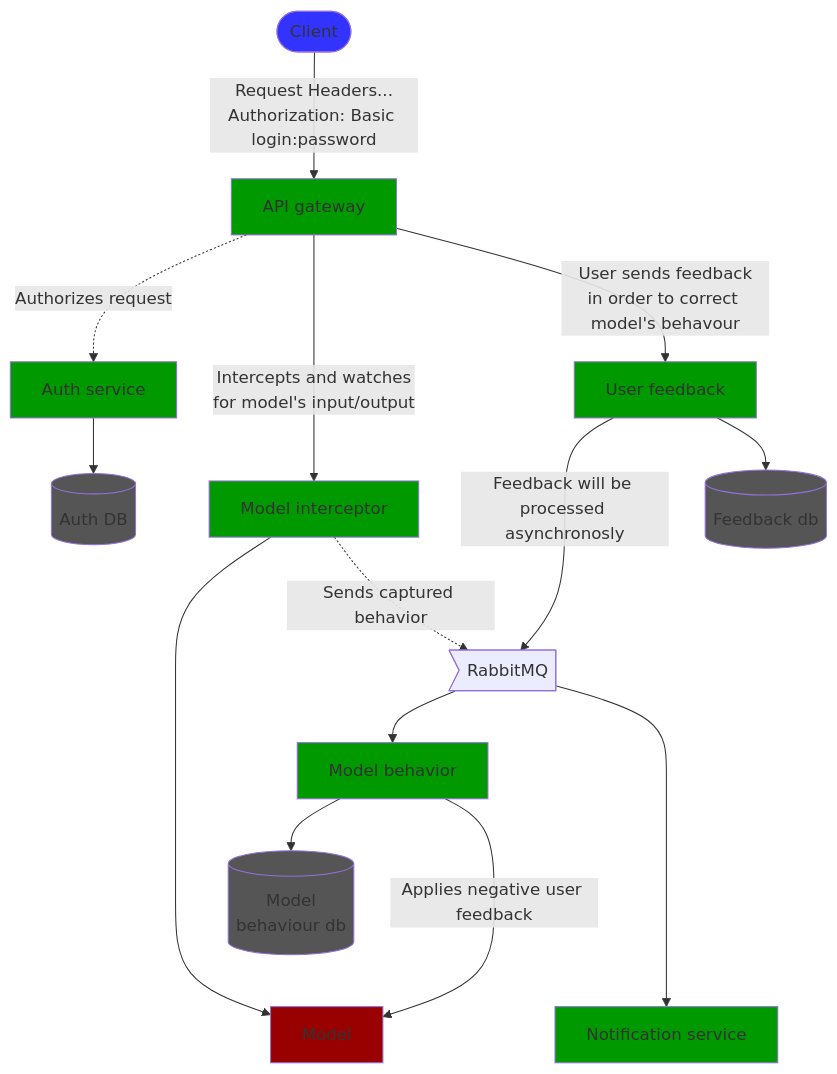
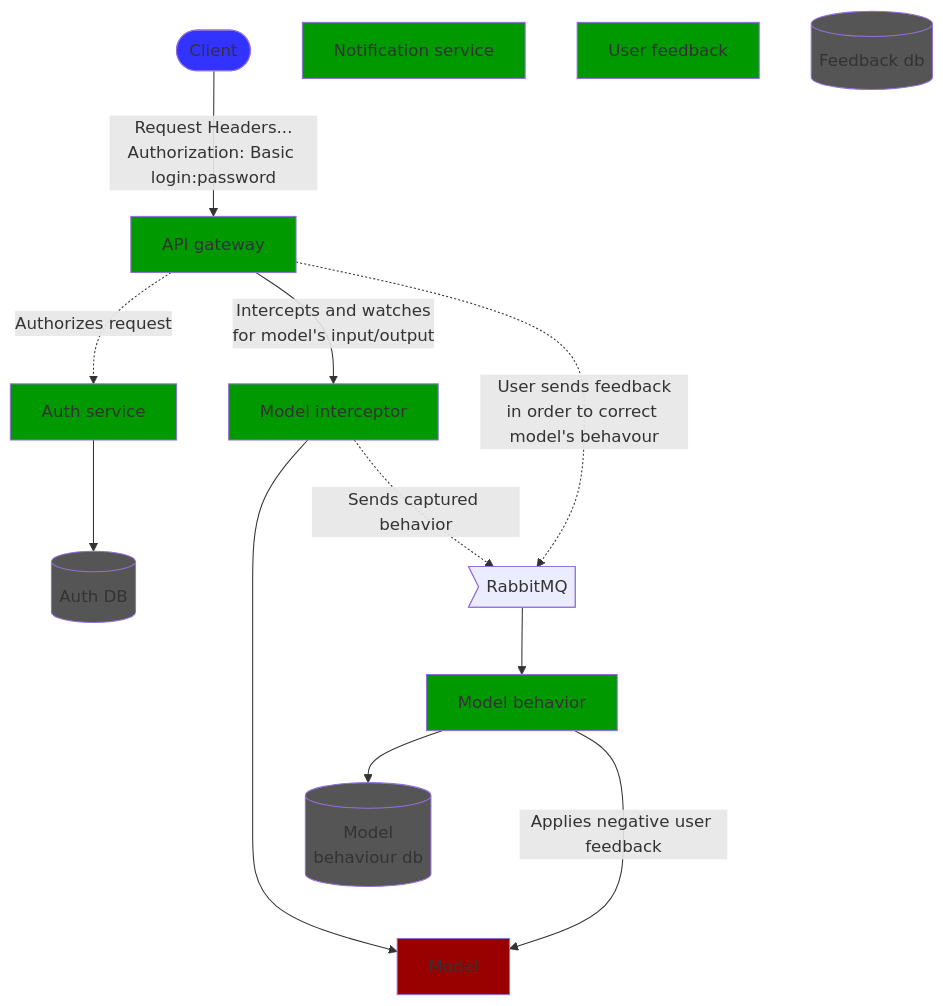
The first of 2 diagrams in README.md (banzai-team/marketing_bot), drawn with Mermaid before and after one commit.

````diff
--- a/README.md
+++ b/README.md
@@ -23,46 +23,43 @@
 ```mermaid
 flowchart TD
 client(["Client"])
 api_gateway["API gateway"]
 auth["Auth service"]
 auth_db[("Auth DB")]
 model_api["Model"]
 model_interceptor["Model interceptor"]
 model_behavior["Model behavior"]
 model_behavior_db[("Model 
 behaviour db")]
 rmq>RabbitMQ]
 notification_service["Notification service"]
 user_feedback["User feedback"]
 feendback_db[("Feedback db")]
 
 
 client-->|Request Headers...
 Authorization: Basic login:password|api_gateway
 api_gateway-.Authorizes request.->auth
 auth-->auth_db
 api_gateway--"Intercepts and watches 
 for model's input/output"-->model_interceptor
-api_gateway--"User sends feedback
-in order to correct model's behavour"-->user_feedback
+api_gateway-."User sends feedback
+in order to correct model's behavour".->rmq
 model_interceptor---->model_api
-user_feedback--"Feedback will be processed asynchronosly"--->rmq
-user_feedback-->feendback_db
 model_interceptor-."Sends captured behavior".->rmq
 rmq-->model_behavior
-rmq---->notification_service
 model_behavior --> model_behavior_db
 model_behavior--"Applies negative user feedback"--->model_api
 
 style client fill:#33F
 style model_api fill:#900
 style auth fill:#090
 style model_interceptor fill:#090
 style api_gateway fill:#090
 style model_behavior fill:#090
 style notification_service fill:#090
 style user_feedback fill:#090
 style auth_db fill:#555
 style model_behavior_db fill:#555
 style feendback_db fill:#555
 ```
````
